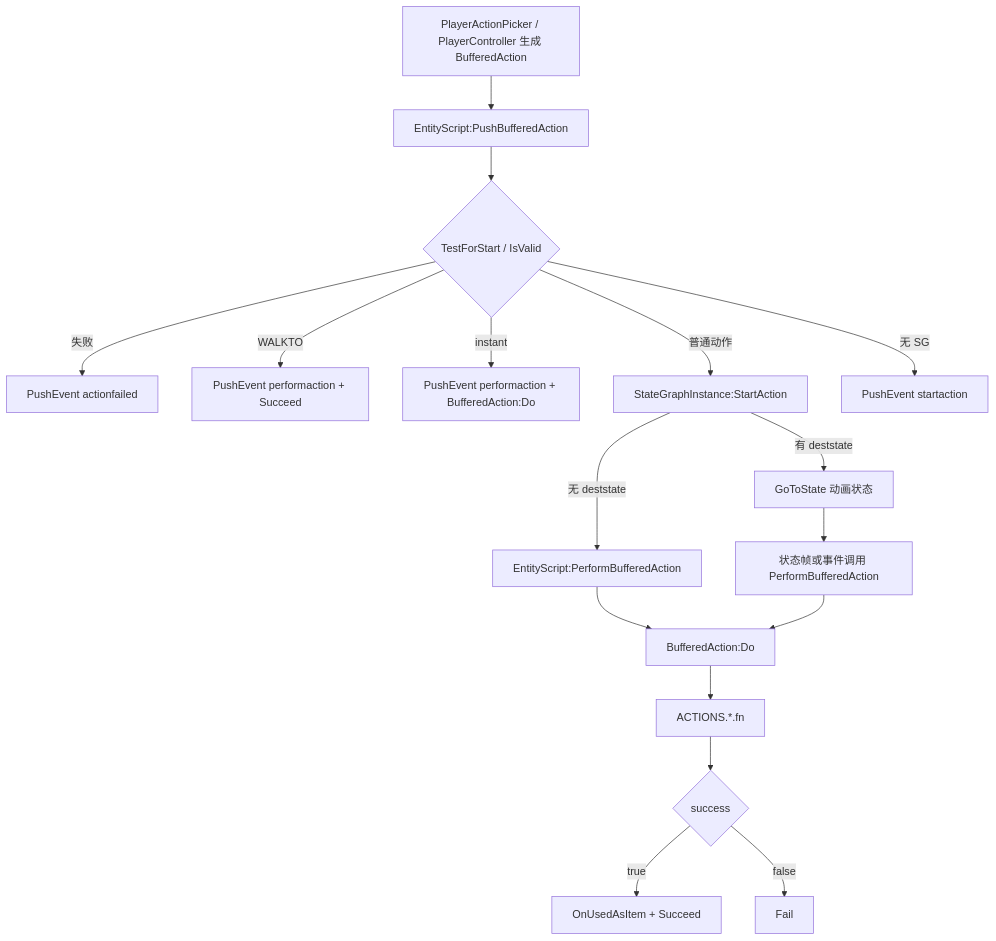
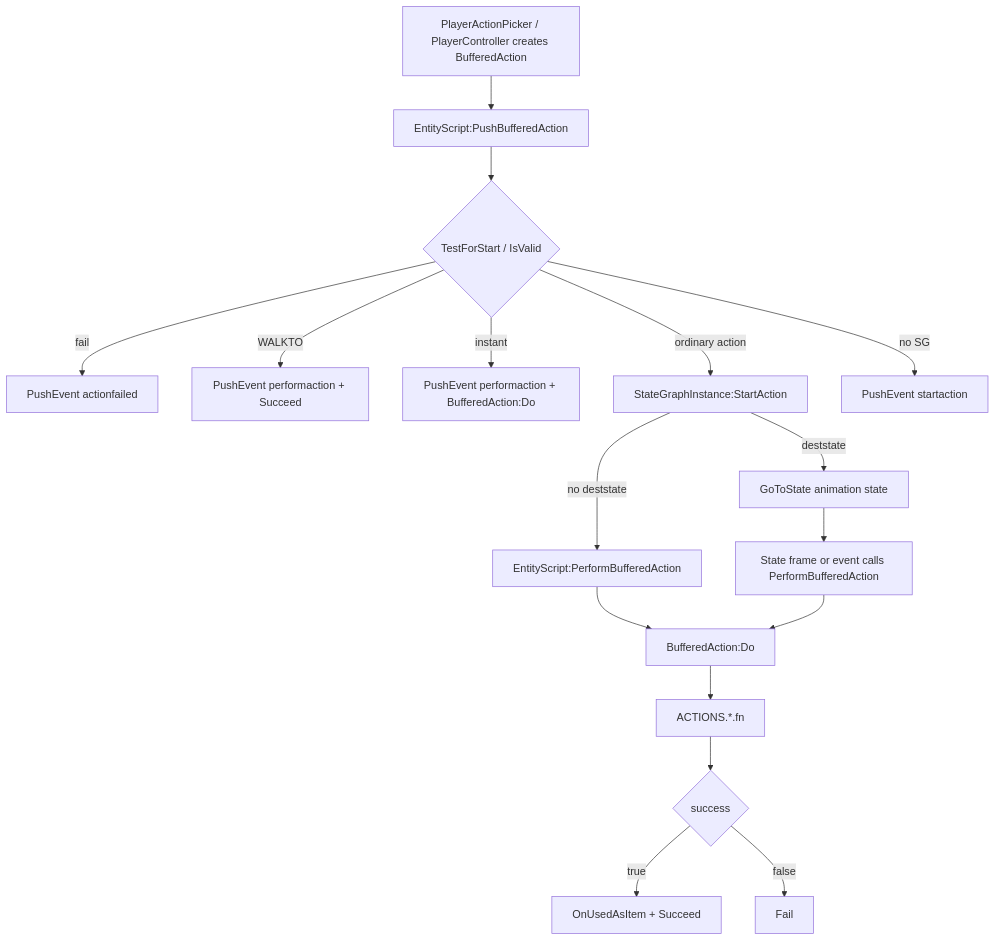
The diagram in dst-scripts/index/0x3000-entity-action/0x3200-action-pipeline/0x3202-buffered-actions.md (LetsStarveTogether/dst-server), drawn with Mermaid before and after one commit. The commit also changed other lines of this file and 83 other files, not shown here.

```diff
--- a/dst-scripts/index/0x3000-entity-action/0x3200-action-pipeline/0x3202-buffered-actions.md
+++ b/dst-scripts/index/0x3000-entity-action/0x3200-action-pipeline/0x3202-buffered-actions.md
@@ -44,20 +44,20 @@
 ~~~mermaid
 flowchart TD
-    A["PlayerActionPicker / PlayerController 生成 BufferedAction"]
+    A["PlayerActionPicker / PlayerController creates BufferedAction"]
     A --> B["EntityScript:PushBufferedAction"]
     B --> C{"TestForStart / IsValid"}
-    C -->|失败| D["PushEvent actionfailed"]
+    C -->|fail| D["PushEvent actionfailed"]
     C -->|WALKTO| E["PushEvent performaction + Succeed"]
     C -->|instant| F["PushEvent performaction + BufferedAction:Do"]
-    C -->|普通动作| G["StateGraphInstance:StartAction"]
-    C -->|无 SG| R["PushEvent startaction"]
-    G -->|有 deststate| H["GoToState 动画状态"]
-    G -->|无 deststate| I["EntityScript:PerformBufferedAction"]
-    H --> J["状态帧或事件调用 PerformBufferedAction"]
+    C -->|ordinary action| G["StateGraphInstance:StartAction"]
+    C -->|no SG| R["PushEvent startaction"]
+    G -->|deststate| H["GoToState animation state"]
+    G -->|no deststate| I["EntityScript:PerformBufferedAction"]
+    H --> J["State frame or event calls PerformBufferedAction"]
     I --> K["BufferedAction:Do"]
     J --> K
     K --> L["ACTIONS.*.fn"]
     L --> M{"success"}
     M -->|true| N["OnUsedAsItem + Succeed"]
     M -->|false| O["Fail"]
 ~~~
```
